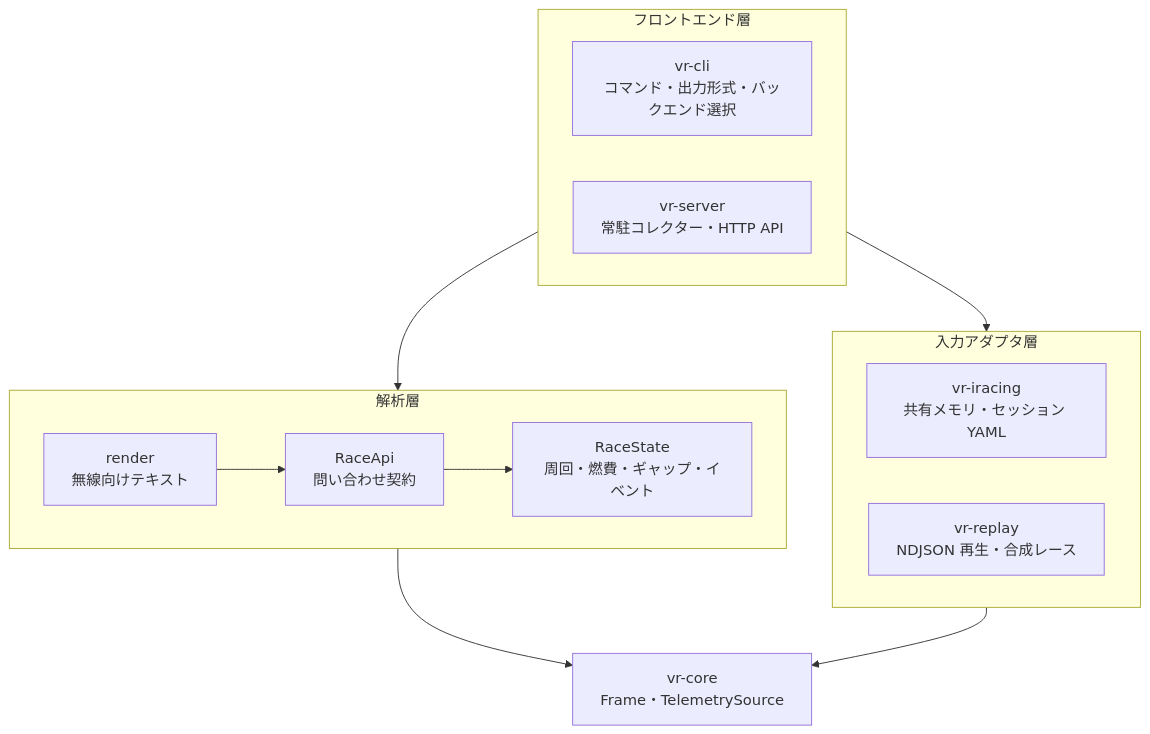
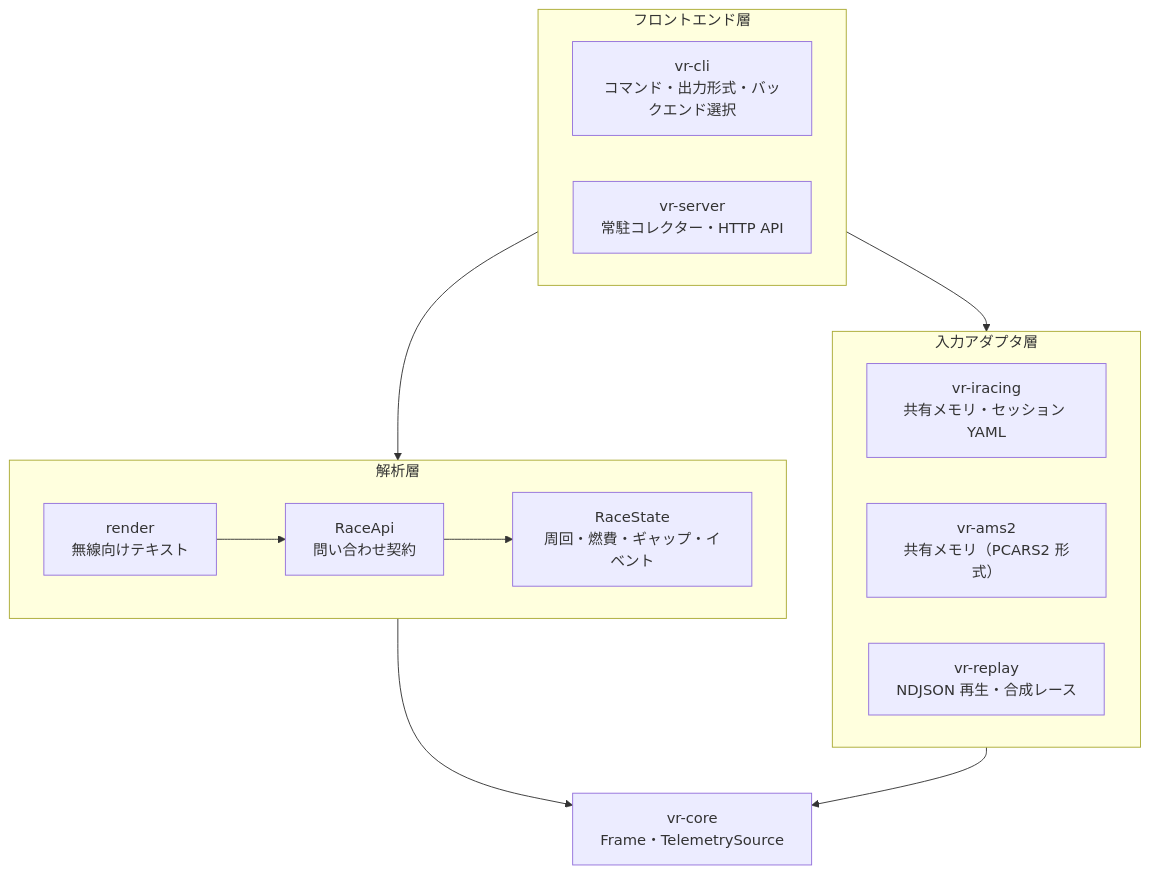
Before and after one commit to r4ai/vibe-racing: the first of 5 diagrams in docs/architecture.md, drawn with Mermaid. The commit also changed other lines of this file and 34 other files, not shown here.

````diff
--- a/docs/architecture.md
+++ b/docs/architecture.md
@@ -46,24 +46,25 @@
 ```mermaid
 flowchart TB
     subgraph Frontend["フロントエンド層"]
         CLI["vr-cli<br/>コマンド・出力形式・バックエンド選択"]
         Server["vr-server<br/>常駐コレクター・HTTP API"]
     end
     subgraph Analysis["解析層"]
         Api["RaceApi<br/>問い合わせ契約"]
         State["RaceState<br/>周回・燃費・ギャップ・イベント"]
         Render["render<br/>無線向けテキスト"]
         Api --> State
         Render --> Api
     end
     subgraph Adapter["入力アダプタ層"]
         IR["vr-iracing<br/>共有メモリ・セッション YAML"]
+        AMS2["vr-ams2<br/>共有メモリ（PCARS2 形式）"]
         Replay["vr-replay<br/>NDJSON 再生・合成レース"]
     end
     Core["vr-core<br/>Frame・TelemetrySource"]
 
     Frontend --> Analysis
     Frontend --> Adapter
     Analysis --> Core
     Adapter --> Core
 ```
````
